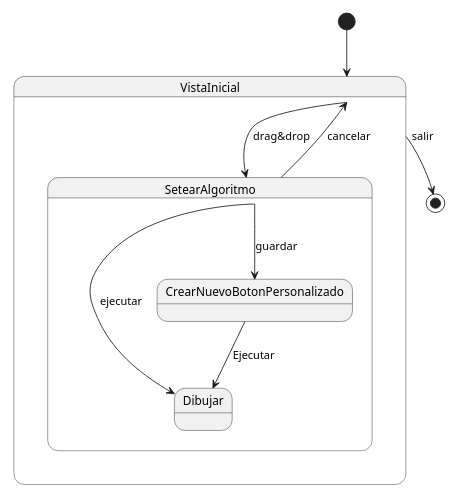
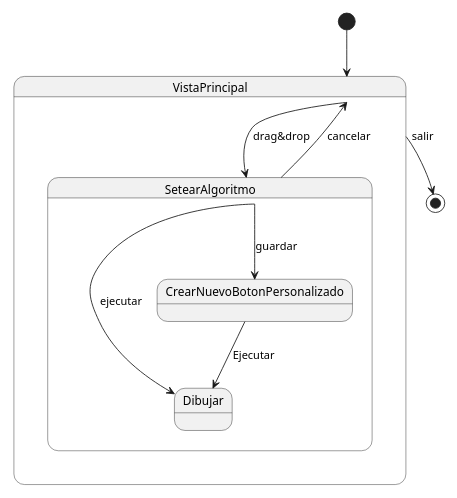
One commit to valva-ro/Algo3-TP2-AlgoBlocks changed the diagram in diagrama de estados.puml. Above: the diagram before and after it, drawn with PlantUML. The commit also changed 3 other files, not shown here.

Commit message:
actualize el informe los diagramas de clases, el diagrama de paquetes, el diagrama de estados y el informe

```diff
--- a/diagrama de estados.puml
+++ b/diagrama de estados.puml
@@ -1,26 +1,26 @@
 @startuml
 'https://plantuml.com/state-diagram
 
 scale 350 width
-[*] --> VistaInicial
+[*] --> VistaPrincipal
 
-state VistaInicial {
-    VistaInicial --> SetearAlgoritmo : drag&drop
+state VistaPrincipal {
+    VistaPrincipal --> SetearAlgoritmo : drag&drop
 }
 
 state SetearAlgoritmo {
     SetearAlgoritmo --> Dibujar : ejecutar
     SetearAlgoritmo --> CrearNuevoBotonPersonalizado : guardar
-    SetearAlgoritmo --> VistaInicial : cancelar
+    SetearAlgoritmo --> VistaPrincipal : cancelar
 }
 
 state CrearNuevoBotonPersonalizado{
     CrearNuevoBotonPersonalizado --> Dibujar : Ejecutar
 }
 
 state Dibujar{
 
 }
 
-VistaInicial --> [*] : salir
+VistaPrincipal --> [*] : salir
 @enduml
```
